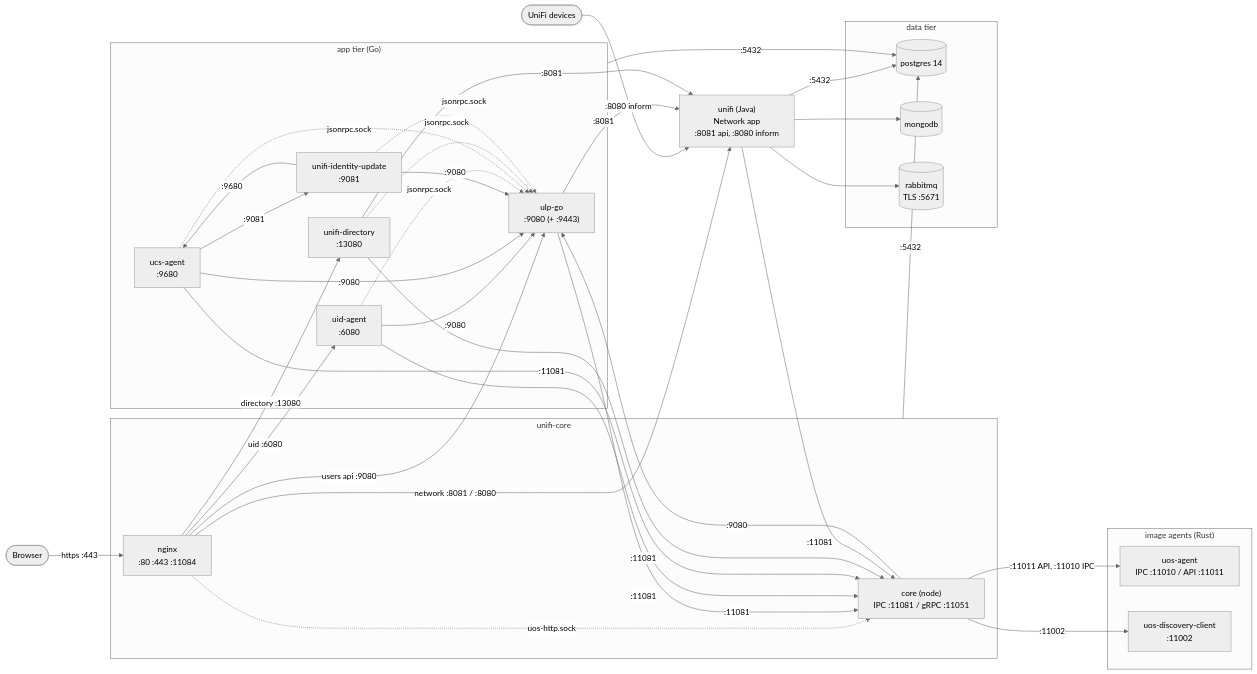
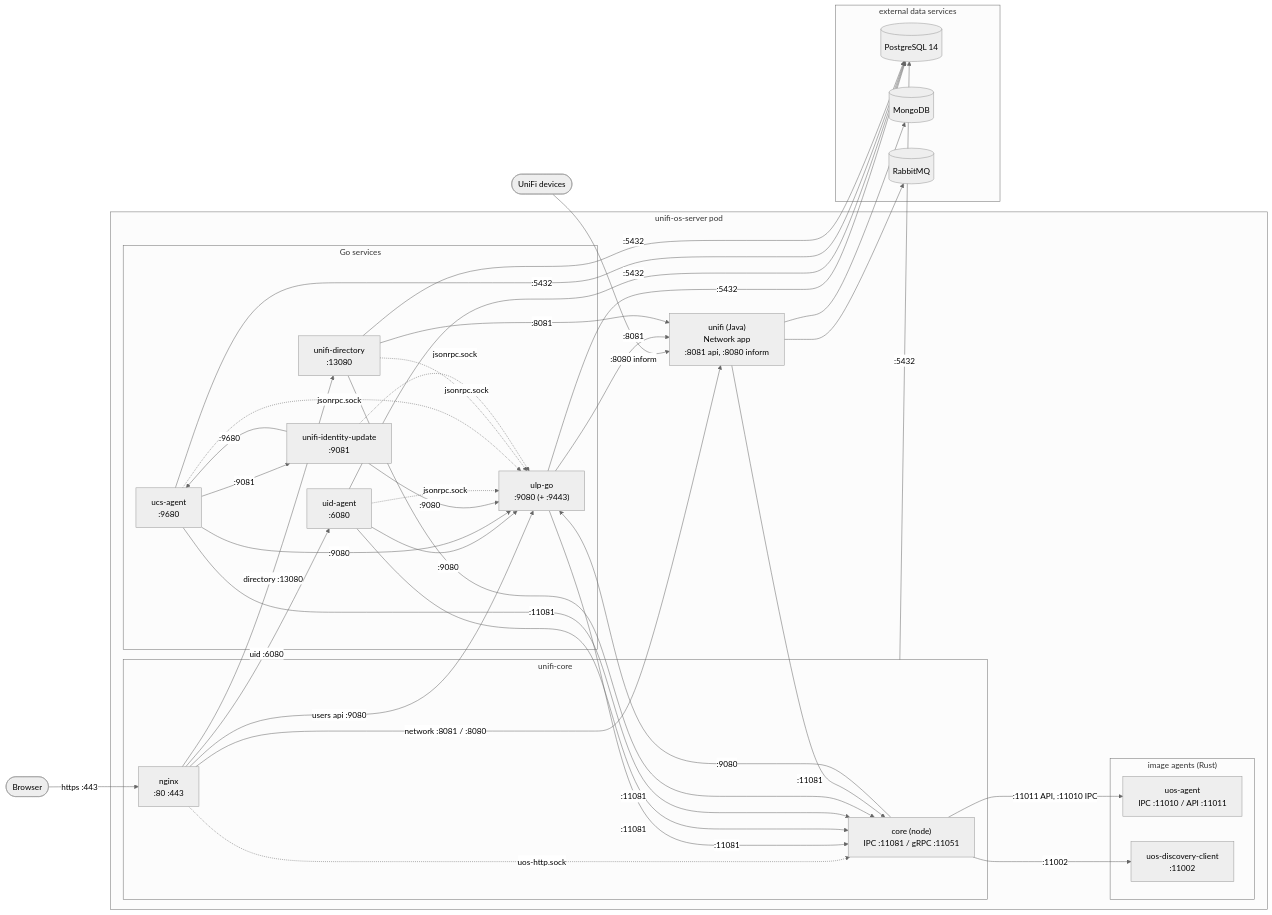
One commit to pschichtel/helm-charts changed the diagram in charts/unifi-os-server/README.md. Above: the diagram before and after it, drawn with Mermaid (neutral theme). The commit also changed other lines of this file and 70 other files, not shown here.

````diff
--- a/charts/unifi-os-server/README.md
+++ b/charts/unifi-os-server/README.md
@@ -37,68 +48,69 @@
 ```mermaid
 flowchart LR
     browser(["Browser"])
     devices(["UniFi devices"])
 
-    subgraph core["unifi-core"]
-        nginx["nginx<br/>:80 :443 :11084"]
-        node["core (node)<br/>IPC :11081 / gRPC :11051"]
+    subgraph pod["unifi-os-server pod"]
+        subgraph core["unifi-core"]
+            nginx["nginx<br/>:80 :443"]
+            node["core (node)<br/>IPC :11081 / gRPC :11051"]
+        end
+        subgraph apps["Go services"]
+            ulp["ulp-go<br/>:9080 (+ :9443)"]
+            uid["uid-agent<br/>:6080"]
+            ucs["ucs-agent<br/>:9680"]
+            dir["unifi-directory<br/>:13080"]
+            idu["unifi-identity-update<br/>:9081"]
+        end
+        subgraph rust["image agents (Rust)"]
+            uosa["uos-agent<br/>IPC :11010 / API :11011"]
+            disc["uos-discovery-client<br/>:11002"]
+        end
+        java["unifi (Java)<br/>Network app<br/>:8081 api, :8080 inform"]
     end
 
-    subgraph apps["app tier (Go)"]
-        ulp["ulp-go<br/>:9080 (+ :9443)"]
-        uid["uid-agent<br/>:6080"]
-        ucs["ucs-agent<br/>:9680"]
-        dir["unifi-directory<br/>:13080"]
-        idu["unifi-identity-update<br/>:9081"]
-    end
-
-    subgraph rust["image agents (Rust)"]
-        uosa["uos-agent<br/>IPC :11010 / API :11011"]
-        disc["uos-discovery-client<br/>:11002"]
-    end
-
-    java["unifi (Java)<br/>Network app<br/>:8081 api, :8080 inform"]
-
-    subgraph data["data tier"]
-        pg[("postgres 14")]
-        mongo[("mongodb")]
-        rmq[("rabbitmq<br/>TLS :5671")]
+    subgraph data["external data services"]
+        pg[("PostgreSQL 14")]
+        mongo[("MongoDB")]
+        rmq[("RabbitMQ")]
     end
 
     browser -->|"https :443"| nginx
     devices -->|":8080 inform"| java
 
     nginx -->|"users api :9080"| ulp
     nginx -->|"directory :13080"| dir
     nginx -->|"uid :6080"| uid
     nginx -->|"network :8081 / :8080"| java
     nginx -.->|"uos-http.sock"| node
 
     node -->|":11011 API, :11010 IPC"| uosa
     node -->|":11002"| disc
     node -->|":9080"| ulp
 
     ulp -->|":11081"| node
     ulp -->|":8081"| java
     uid -->|":11081"| node
     uid -->|":9080"| ulp
     ucs -->|":11081"| node
     ucs -->|":9080"| ulp
     ucs -->|":9081"| idu
     idu -->|":9080"| ulp
     idu -->|":9680"| ucs
     dir -->|":11081"| node
     dir -->|":8081"| java
     java -->|":11081"| node
 
     uid -.->|"jsonrpc.sock"| ulp
     ucs -.->|"jsonrpc.sock"| ulp
     dir -.->|"jsonrpc.sock"| ulp
     idu -.->|"jsonrpc.sock"| ulp
 
     core -->|":5432"| pg
-    apps -->|":5432"| pg
-    java -->|":5432"| pg
+    ulp -->|":5432"| pg
+    uid -->|":5432"| pg
+    ucs -->|":5432"| pg
+    dir -->|":5432"| pg
     java --> mongo
     java --> rmq
 ```
````
